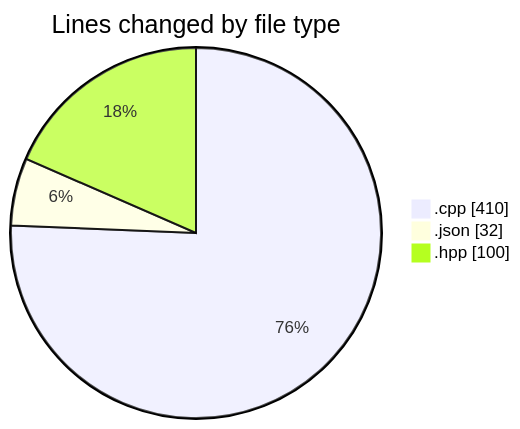
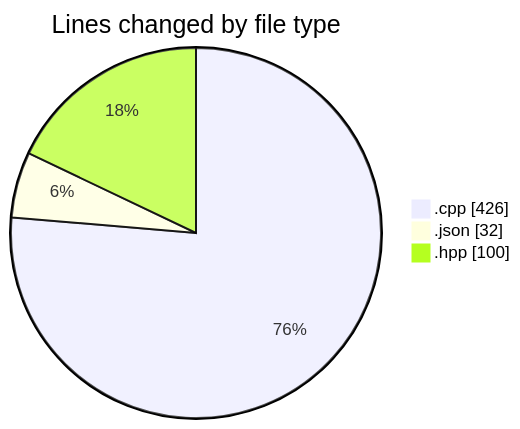
One commit to Netris89/code-tracking changed the first of 2 diagrams in 2025-04-23/echo/README.md. Above: the diagram before and after it, drawn with Mermaid. The commit also changed other lines of this file and 1 other file, not shown here.

````diff
--- a/2025-04-23/echo/README.md
+++ b/2025-04-23/echo/README.md
@@ -22,7 +22,7 @@
 ```mermaid
 pie showData
 title Lines changed by file type
-".cpp" : 410
+".cpp" : 426
 ".json" : 32
 ".hpp" : 100
 ```
````
